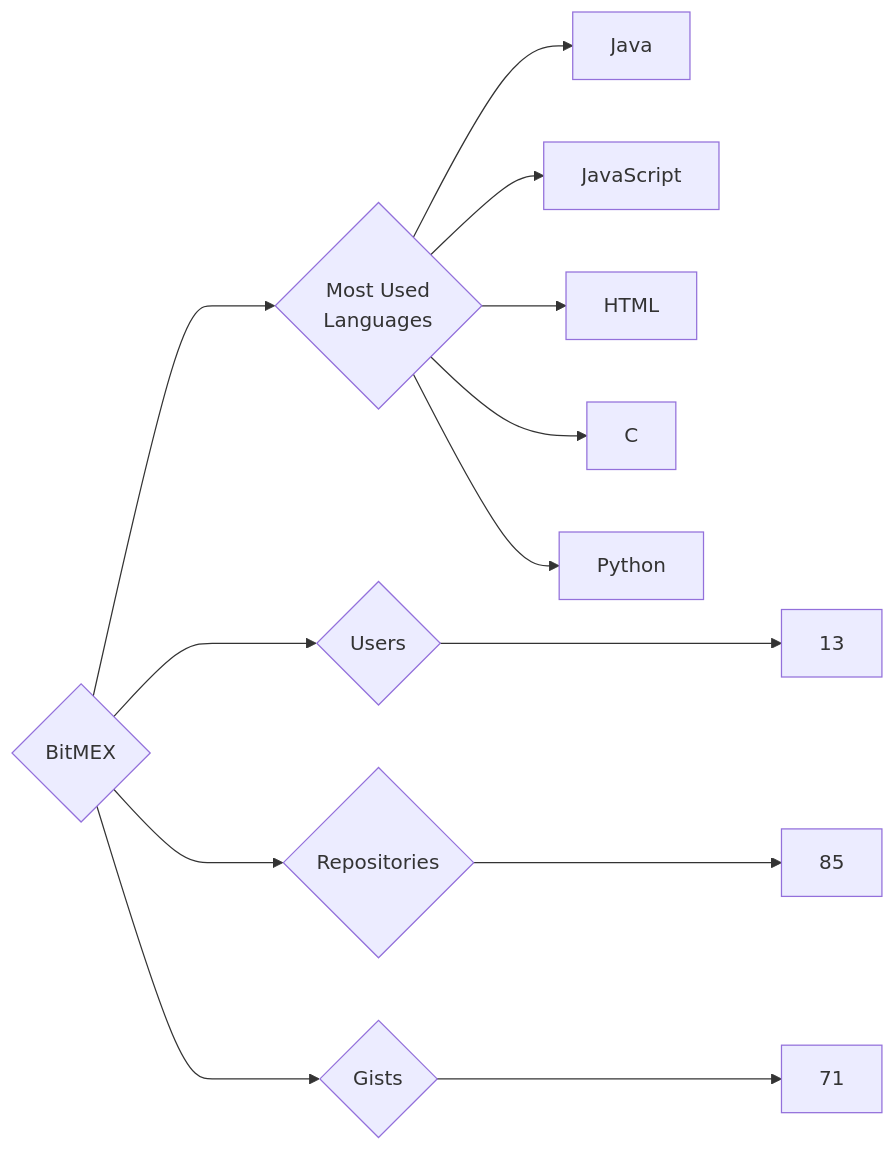
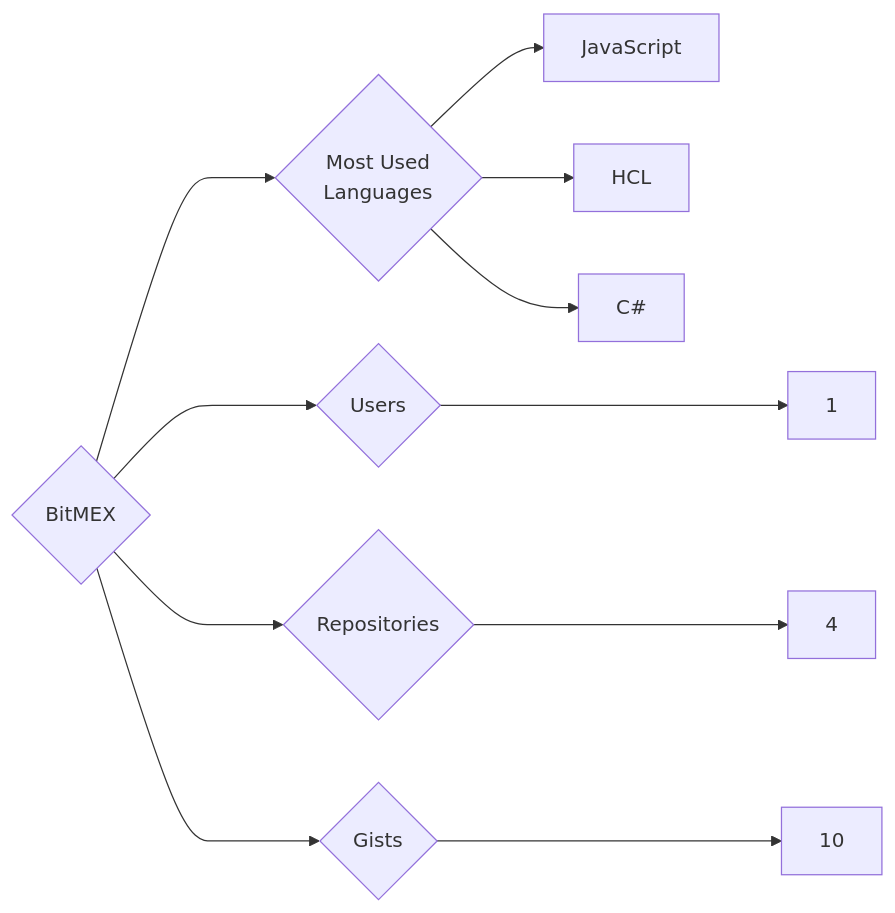
The diagram in targets/BitMEX/README.md (trickest/insiders), drawn with Mermaid before and after one commit. The commit also changed 776 other files, not shown here.

````diff
--- a/targets/BitMEX/README.md
+++ b/targets/BitMEX/README.md
@@ -3,13 +3,11 @@
 ```mermaid
 graph LR
 COMPANY_NAME{BitMEX}
-COMPANY_NAME ---> U{Users} ---> UN[13]
-COMPANY_NAME ---> R{Repositories} ---> RN[85]
-COMPANY_NAME ---> G{Gists} ---> GN[71]
+COMPANY_NAME ---> U{Users} ---> UN[1]
+COMPANY_NAME ---> R{Repositories} ---> RN[4]
+COMPANY_NAME ---> G{Gists} ---> GN[10]
 COMPANY_NAME ---> ML{Most Used<br>Languages}
-ML --> Java[Java]
 ML --> JavaScript[JavaScript]
-ML --> HTML[HTML]
-ML --> C[C]
-ML --> Python[Python]
+ML --> HCL[HCL]
+ML --> C#[C#]
 ```
````
